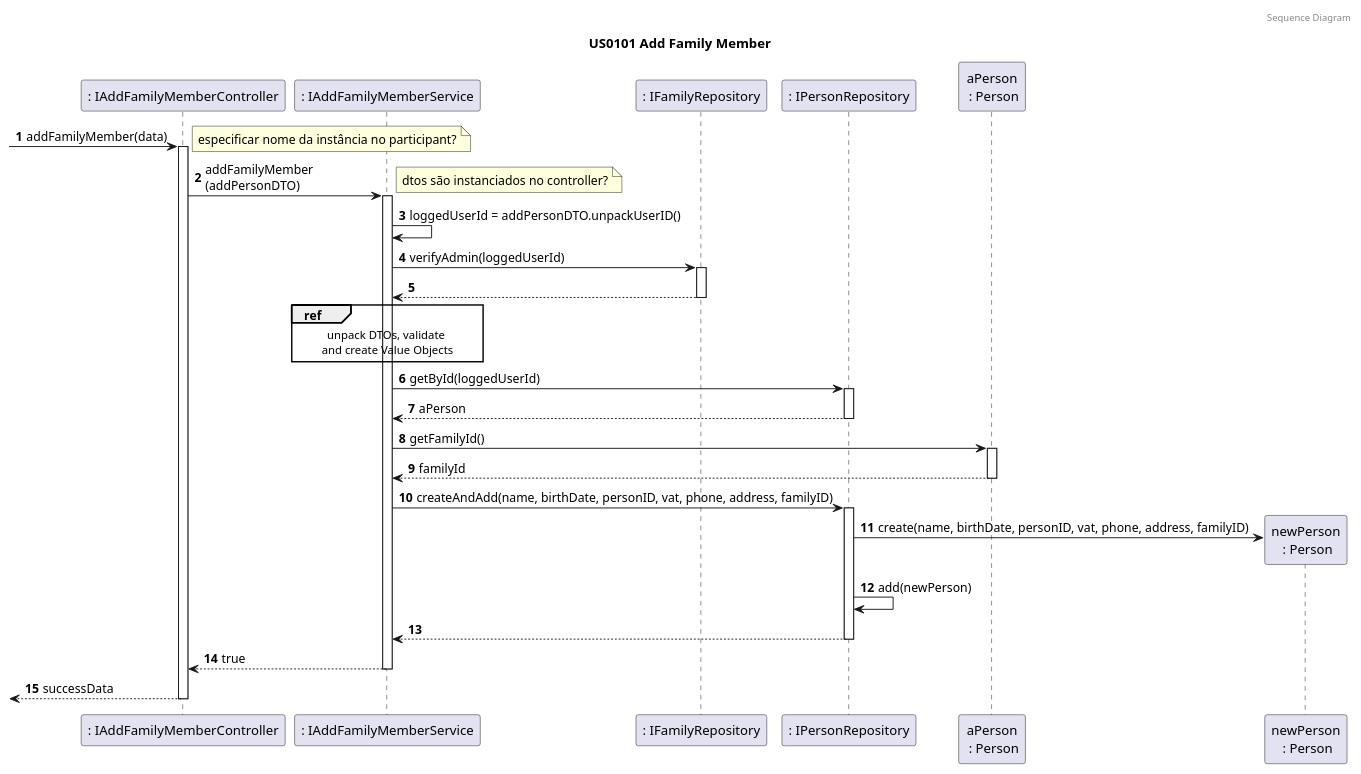
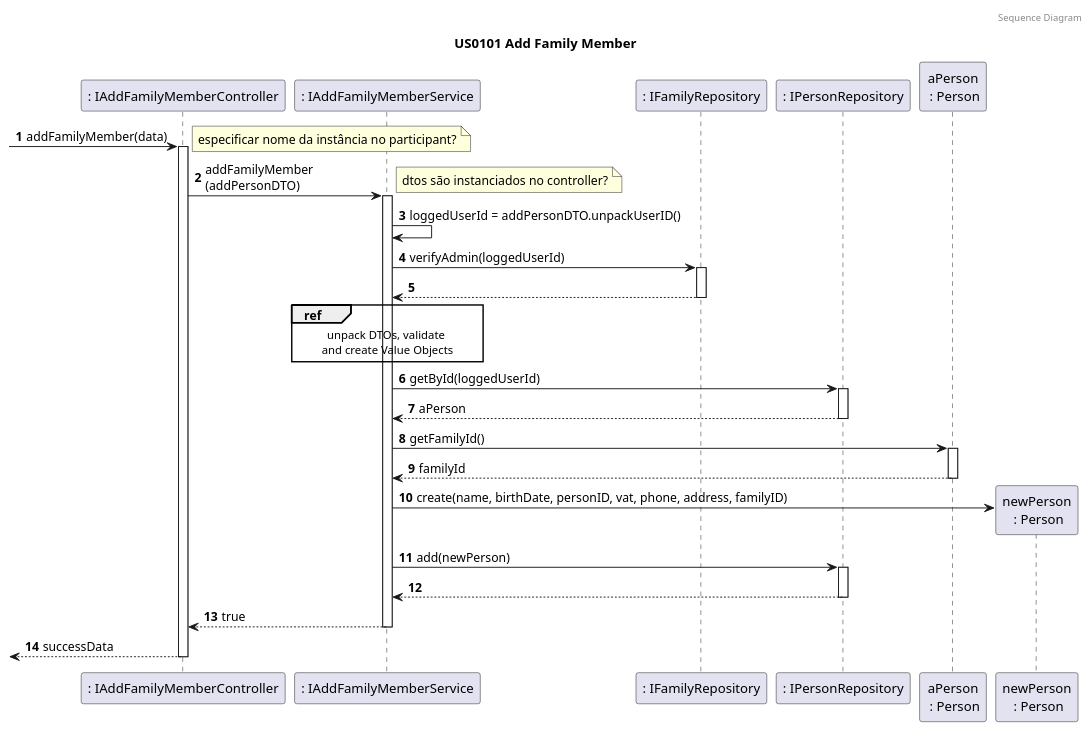
The fifth of 5 diagrams in docs/sprint4/user_stories/US101_AddFamilyMember.md (tomas-osswald/switch_2020_g3), drawn with PlantUML before and after one commit.

Commit message:
US101 sequence diagram updated

`````diff
--- a/docs/sprint4/user_stories/US101_AddFamilyMember.md
+++ b/docs/sprint4/user_stories/US101_AddFamilyMember.md
@@ -352,54 +352,56 @@
 ````puml
 @startuml
 
 autonumber
 header Sequence Diagram
 title US0101 Add Family Member
 
 participant ": IAddFamilyMemberController" as controller
 participant ": IAddFamilyMemberService" as AddMemberService
 participant ": IFamilyRepository" as familyRepository
 participant ": IPersonRepository" as personRepository
 participant "aPerson\n : Person" as admin
 participant "newPerson\n : Person" as newPerson
 
 
 -> controller : addFamilyMember(data)
 activate controller
 
 note left: especificar nome da instância no participant?
 
 controller -> AddMemberService : addFamilyMember\n(addPersonDTO)
 activate AddMemberService
 
 note right: dtos são instanciados no controller?
 
 AddMemberService -> AddMemberService : loggedUserId = addPersonDTO.unpackUserID()
 
 AddMemberService -> familyRepository : verifyAdmin(loggedUserId)
 activate familyRepository
 return
 
 ref over AddMemberService
 unpack DTOs, validate 
 and create Value Objects
 end ref
 
 AddMemberService -> personRepository : getById(loggedUserId)
 activate personRepository
 return aPerson
 
 AddMemberService -> admin : getFamilyId()
 activate admin
 return familyId
 
-AddMemberService-> personRepository : createAndAdd(name, birthDate, personID, vat, phone, address, familyID)
+AddMemberService-> newPerson** : create(name, birthDate, personID, vat, phone, address, familyID)
+
+
+
+AddMemberService -> personRepository :  add(newPerson)
 activate personRepository 
-personRepository -> newPerson** : create(name, birthDate, personID, vat, phone, address, familyID)
-personRepository -> personRepository : add(newPerson)
 return 
 return true
 return successData
 
 @enduml
 ````
`````
